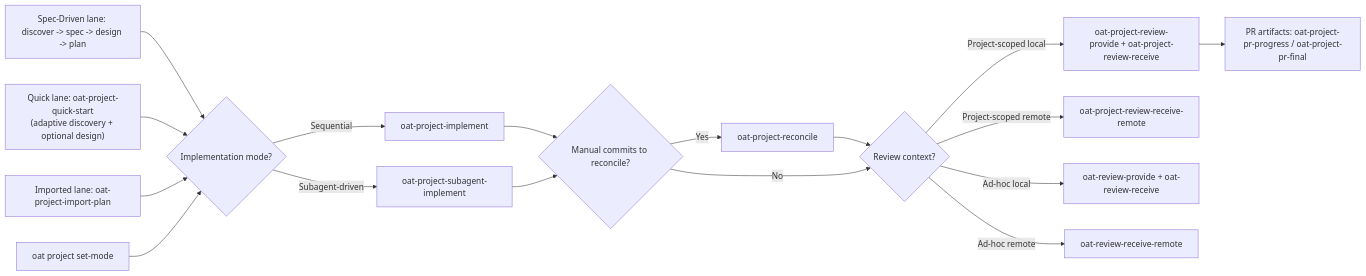
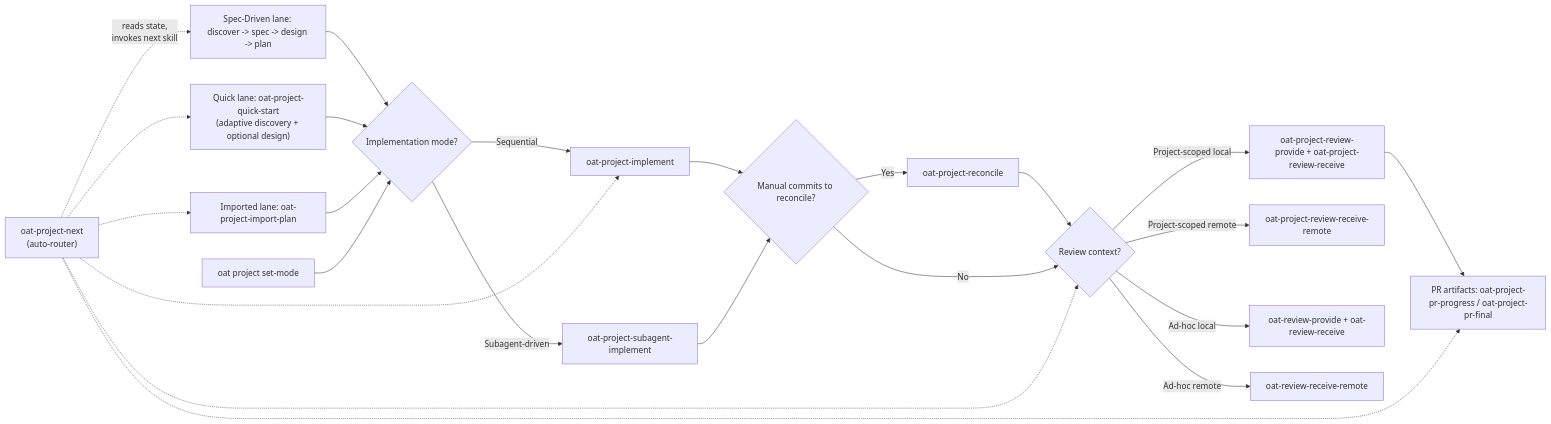
One commit to voxmedia/open-agent-toolkit changed the second of 2 diagrams in README.md. Above: the diagram before and after it, drawn with Mermaid. The commit also changed other lines of this file and 1 other file, not shown here.

Commit message:
docs(oat-project-next): add git.defaultBranch to config schema + oat-project-next to README
- oat-directory-structure.md: add git.defaultBranch to config schema table
- README.md: add oat-project-next to mermaid diagram and shared workflow options

````diff
--- a/README.md
+++ b/README.md
@@ -311,19 +311,25 @@
 ```mermaid
 flowchart LR
   SpecDriven["Spec-Driven lane: discover -> spec -> design -> plan"] --> Mode{"Implementation mode?"}
   Quick["Quick lane: oat-project-quick-start\n(adaptive discovery + optional design)"] --> Mode
   Import["Imported lane: oat-project-import-plan"] --> Mode
   Mode -->|Sequential| ImplementSeq["oat-project-implement"]
   Mode -->|Subagent-driven| ImplementSub["oat-project-subagent-implement"]
   SetMode["oat project set-mode <mode>"] --> Mode
   ImplementSeq --> Reconcile{"Manual commits to reconcile?"}
   ImplementSub --> Reconcile
   Reconcile -->|Yes| ReconcileSkill["oat-project-reconcile"]
   ReconcileSkill --> Review{"Review context?"}
   Reconcile -->|No| Review
   Review -->|Project-scoped local| ProjectReview["oat-project-review-provide + oat-project-review-receive"]
   Review -->|Project-scoped remote| ProjectReviewRemote["oat-project-review-receive-remote"]
   Review -->|Ad-hoc local| AdHocReview["oat-review-provide + oat-review-receive"]
   Review -->|Ad-hoc remote| AdHocReviewRemote["oat-review-receive-remote"]
   ProjectReview --> PR["PR artifacts: oat-project-pr-progress / oat-project-pr-final"]
+  Next["oat-project-next\n(auto-router)"] -.->|"reads state,\ninvokes next skill"| SpecDriven
+  Next -.-> Quick
+  Next -.-> Import
+  Next -.-> ImplementSeq
+  Next -.-> Review
+  Next -.-> PR
 ```
````
